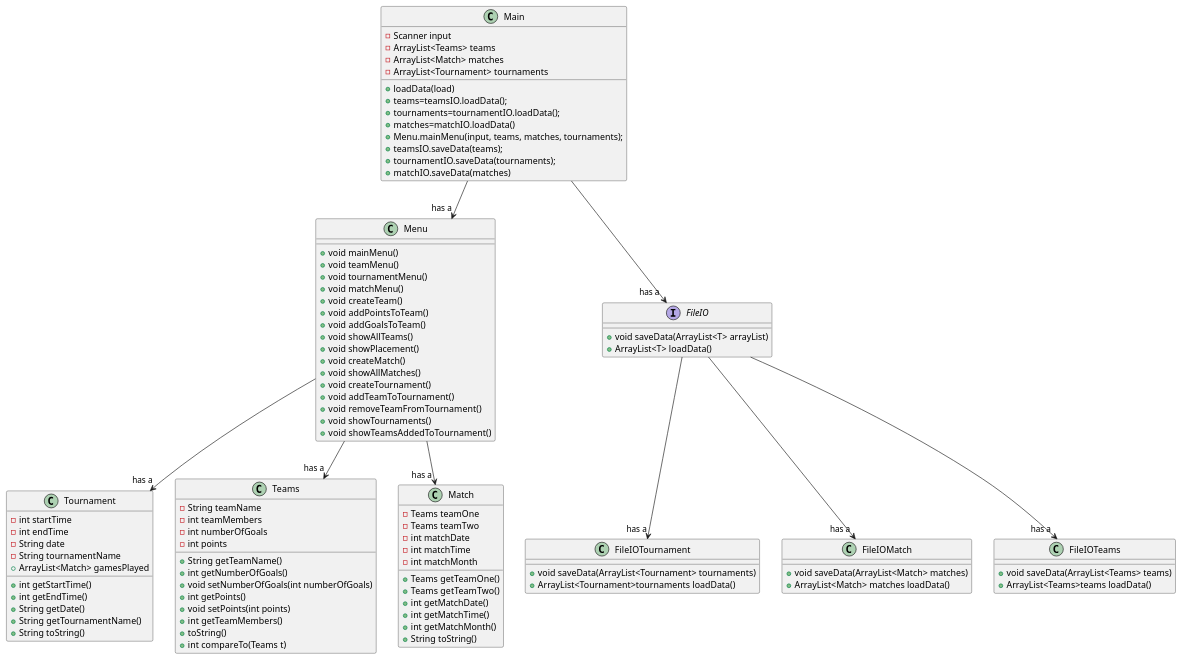
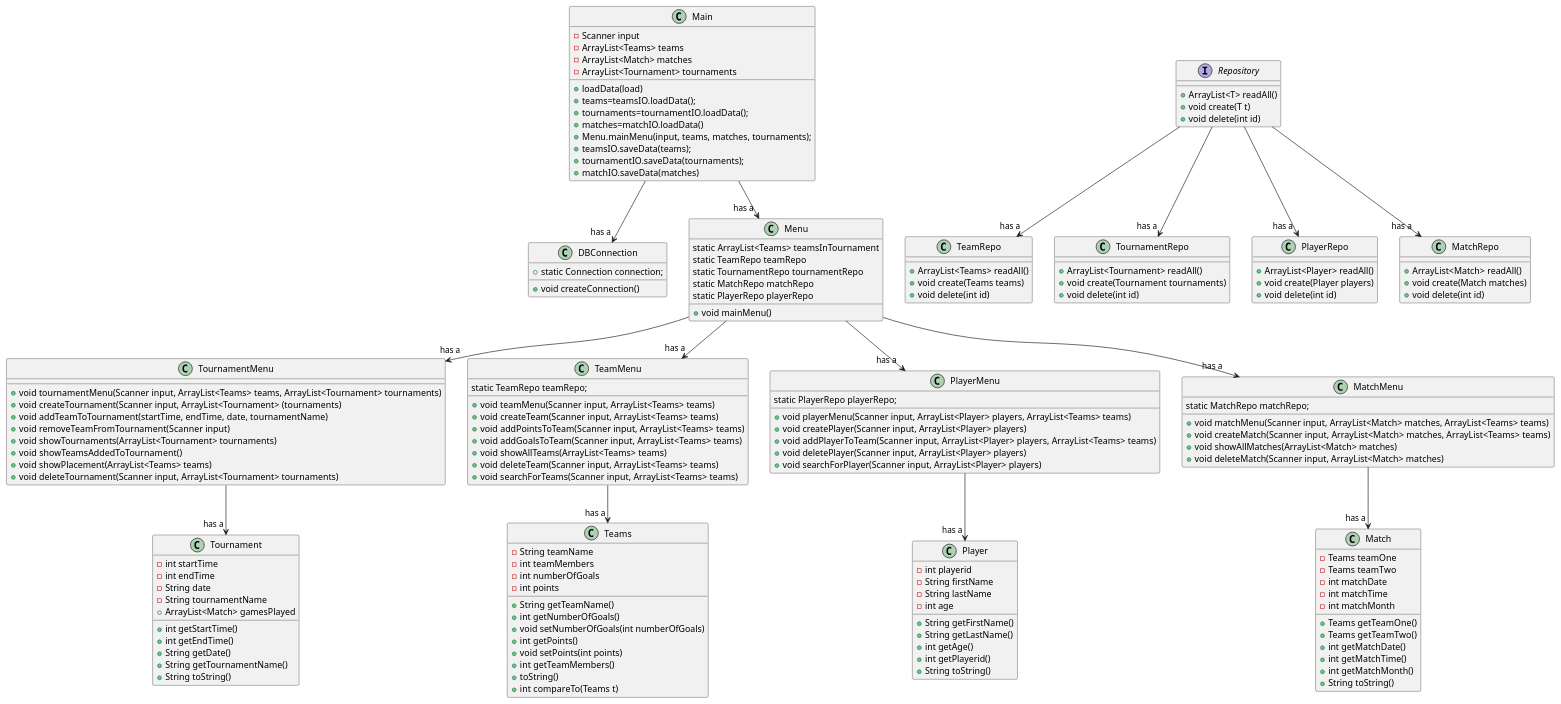
Before and after one commit to Ravnkilde1995/F22SP3--GroupJ: the diagram in src/dokumentation/ClassDiagram.puml, drawn with PlantUML. The commit also changed 15 other files, not shown here.

Commit message:
Changed classDiagram

```diff
--- a/src/dokumentation/ClassDiagram.puml
+++ b/src/dokumentation/ClassDiagram.puml
@@ -1,112 +1,172 @@
 @startuml
 
+Main --> "has a " DBConnection
 Main --> "has a " Menu
-Menu --> "has a " Tournament
-Menu --> "has a " Teams
-Menu --> "has a " Match
-Main --> "has a " FileIO
-FileIO --> "has a"FileIOTournament
-FileIO --> "has a" FileIOMatch
-FileIO --> "has a"FileIOTeams
+Menu --> "has a " TournamentMenu
+Menu --> "has a " TeamMenu
+Menu --> "has a " PlayerMenu
+Menu --> "has a " MatchMenu
+TeamMenu --> "has a " Teams
+MatchMenu --> "has a " Match
+PlayerMenu --> "has a " Player
+TournamentMenu --> "has a " Tournament
+Repository --> "has a " TeamRepo
+Repository --> "has a " TournamentRepo
+Repository --> "has a " PlayerRepo
+Repository --> "has a " MatchRepo
 
 Class Main {
 - Scanner input
 - ArrayList<Teams> teams
 - ArrayList<Match> matches
 - ArrayList<Tournament> tournaments
 + loadData(load)
 + teams=teamsIO.loadData();
 + tournaments=tournamentIO.loadData();
 + matches=matchIO.loadData()
 + Menu.mainMenu(input, teams, matches, tournaments);
 + teamsIO.saveData(teams);
 + tournamentIO.saveData(tournaments);
 + matchIO.saveData(matches)
+}
 
+class DBConnection {
++ static Connection connection;
++ void createConnection()
 }
 
 Class Menu {
+static ArrayList<Teams> teamsInTournament
+static TeamRepo teamRepo
+static TournamentRepo tournamentRepo
+static MatchRepo matchRepo
+static PlayerRepo playerRepo
 + void mainMenu()
-+ void teamMenu()
-+ void tournamentMenu()
-+ void matchMenu()
-+ void createTeam()
-+ void addPointsToTeam()
-+ void addGoalsToTeam()
-+ void showAllTeams()
-+ void showPlacement()
-+ void createMatch()
-+ void showAllMatches()
-+ void createTournament()
-+ void addTeamToTournament()
-+ void removeTeamFromTournament()
-+ void showTournaments()
+}
+
+class TournamentMenu {
++ void tournamentMenu(Scanner input, ArrayList<Teams> teams, ArrayList<Tournament> tournaments)
++ void createTournament(Scanner input, ArrayList<Tournament> (tournaments)
++ void addTeamToTournament(startTime, endTime, date, tournamentName)
++ void removeTeamFromTournament(Scanner input)
++ void showTournaments(ArrayList<Tournament> tournaments)
 + void showTeamsAddedToTournament()
++ void showPlacement(ArrayList<Teams> teams)
++ void deleteTournament(Scanner input, ArrayList<Tournament> tournaments)
+}
 
+class TeamMenu {
+static TeamRepo teamRepo;
++ void teamMenu(Scanner input, ArrayList<Teams> teams)
++ void createTeam(Scanner input, ArrayList<Teams> teams)
++ void addPointsToTeam(Scanner input, ArrayList<Teams> teams)
++ void addGoalsToTeam(Scanner input, ArrayList<Teams> teams)
++ void showAllTeams(ArrayList<Teams> teams)
++ void deleteTeam(Scanner input, ArrayList<Teams> teams)
++ void searchForTeams(Scanner input, ArrayList<Teams> teams)
+}
+
+class PlayerMenu {
+static PlayerRepo playerRepo;
++ void playerMenu(Scanner input, ArrayList<Player> players, ArrayList<Teams> teams)
++ void createPlayer(Scanner input, ArrayList<Player> players)
++ void addPlayerToTeam(Scanner input, ArrayList<Player> players, ArrayList<Teams> teams)
++ void deletePlayer(Scanner input, ArrayList<Player> players)
++ void searchForPlayer(Scanner input, ArrayList<Player> players)
+}
+
+class MatchMenu {
+static MatchRepo matchRepo;
++ void matchMenu(Scanner input, ArrayList<Match> matches, ArrayList<Teams> teams)
++ void createMatch(Scanner input, ArrayList<Match> matches, ArrayList<Teams> teams)
++ void showAllMatches(ArrayList<Match> matches)
++ void deleteMatch(Scanner input, ArrayList<Match> matches)
 }
 
 Class Tournament {
 - int startTime
 - int endTime
 - String date
 - String tournamentName
 + ArrayList<Match> gamesPlayed
 + int getStartTime()
 + int getEndTime()
 + String getDate()
 + String getTournamentName()
 + String toString()
 
 }
 
 Class Teams {
 - String teamName
 - int teamMembers
 - int numberOfGoals
 - int points
 + String getTeamName()
 + int getNumberOfGoals()
 + void setNumberOfGoals(int numberOfGoals)
 + int getPoints()
 + void setPoints(int points)
 + int getTeamMembers()
 + toString()
 + int compareTo(Teams t)
 }
 
 
 Class Match {
 - Teams teamOne
 - Teams teamTwo
 - int matchDate
 - int matchTime
 - int matchMonth
 + Teams getTeamOne()
 + Teams getTeamTwo()
 + int getMatchDate()
 + int getMatchTime()
 + int getMatchMonth()
 + String toString()
 }
 
-interface FileIO{
-+ void saveData(ArrayList<T> arrayList)
-+ ArrayList<T> loadData()
+Class Player {
+- int playerid
+- String firstName
+- String lastName
+- int age
++ String getFirstName()
++ String getLastName()
++ int getAge()
++ int getPlayerid()
++ String toString()
 }
 
-Class FileIOTeams{
-+ void saveData(ArrayList<Teams> teams)
-+ ArrayList<Teams>teams loadData()
+interface Repository{
++ ArrayList<T> readAll()
++ void create(T t)
++ void delete(int id)
 }
 
-Class FileIOTournament{
-+ void saveData(ArrayList<Tournament> tournaments)
-+ ArrayList<Tournament>tournaments loadData()
+Class TeamRepo{
++ ArrayList<Teams> readAll()
++ void create(Teams teams)
++ void delete(int id)
 }
 
-Class FileIOMatch{
-+ void saveData(ArrayList<Match> matches)
-+ ArrayList<Match> matches loadData()
+Class TournamentRepo{
++ ArrayList<Tournament> readAll()
++ void create(Tournament tournaments)
++ void delete(int id)
+}
+
+Class MatchRepo{
++ ArrayList<Match> readAll()
++ void create(Match matches)
++ void delete(int id)
+}
+
+Class PlayerRepo{
++ ArrayList<Player> readAll()
++ void create(Player players)
++ void delete(int id)
 }
 
 @enduml
```
